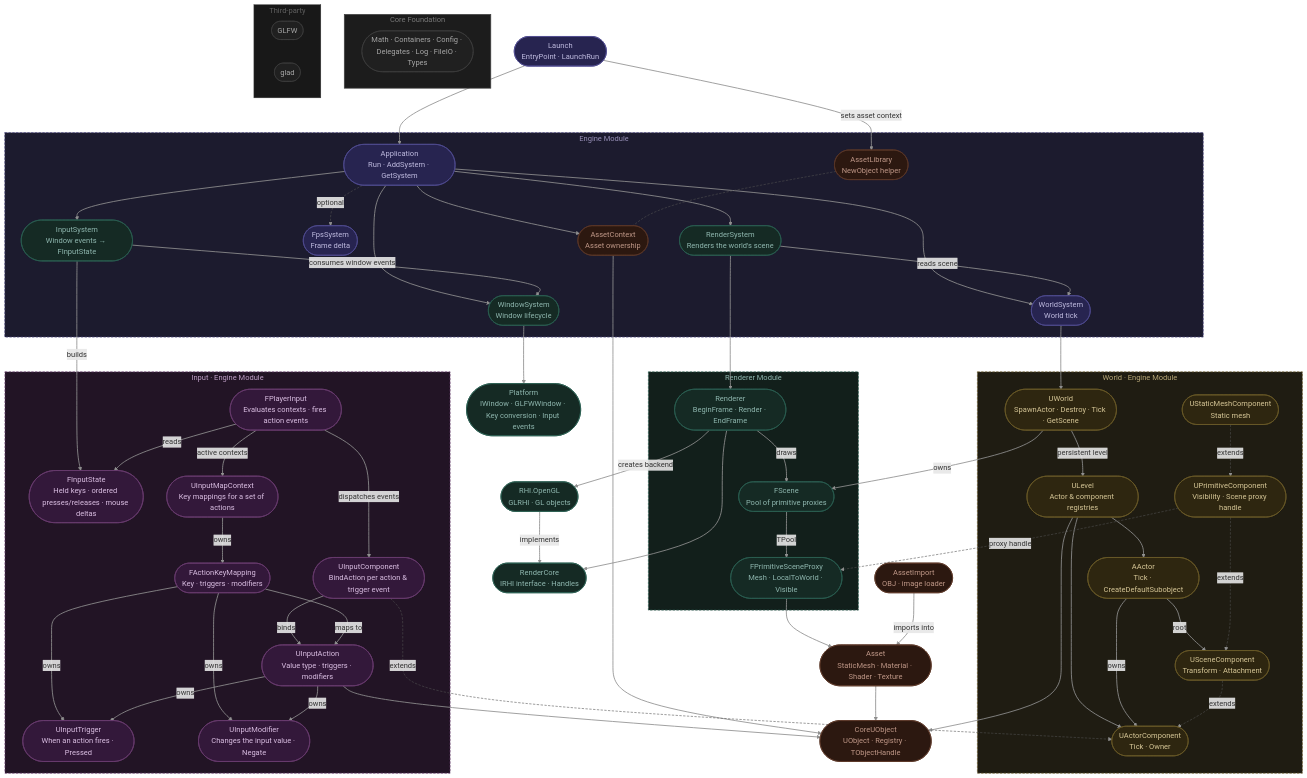
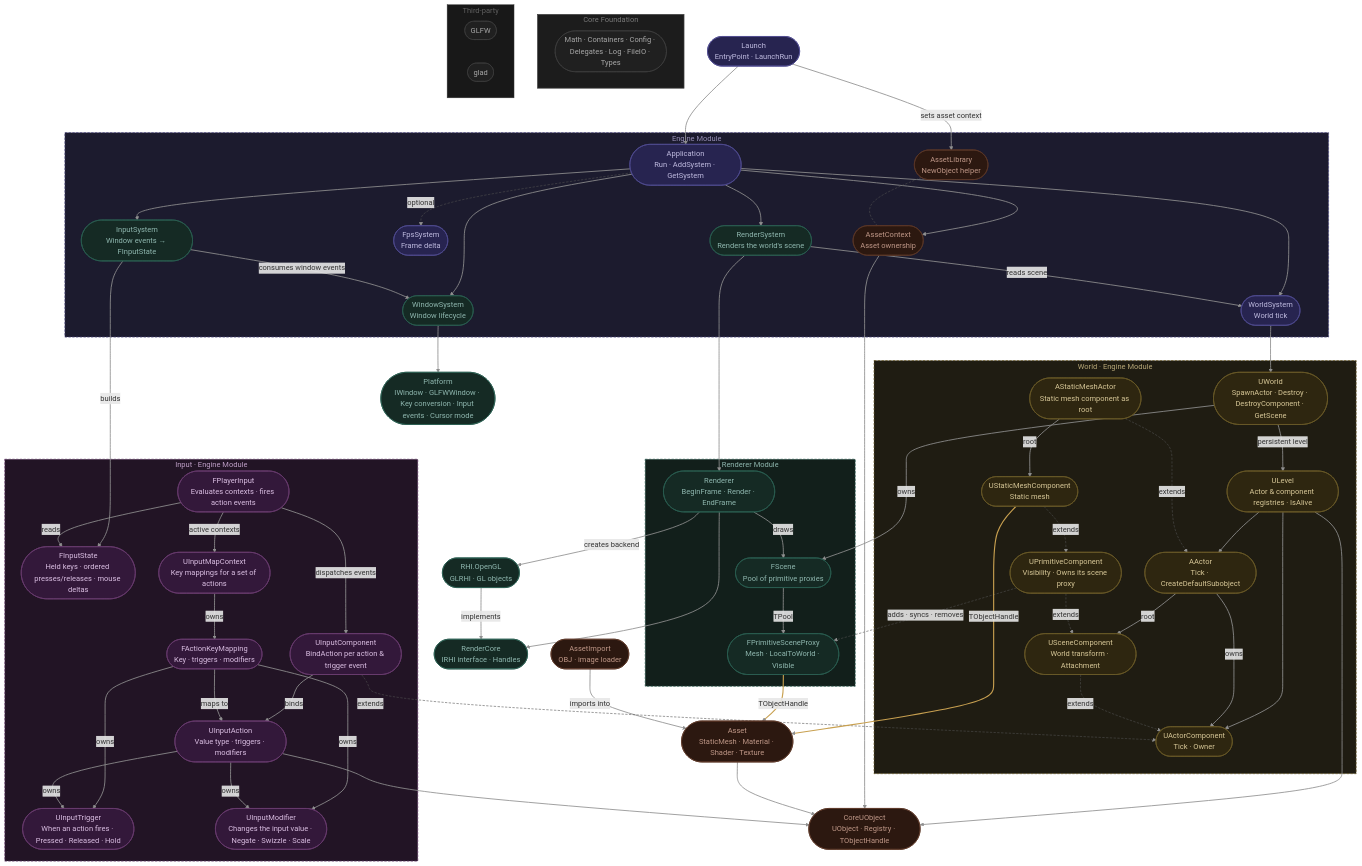
The diagram in README.md (ShotaKhakhishvili/KIU_ClubEngine), drawn with Mermaid before and after one commit. The commit also changed other lines of this file and 6 other files, not shown here.

````diff
--- a/README.md
+++ b/README.md
@@ -22,12 +22,13 @@
     end
 
     subgraph WorldLayer["  World · Engine Module  "]
-        UWorld(["UWorld<br/>SpawnActor · Destroy · Tick · GetScene"])
-        ULevel(["ULevel<br/>Actor & component registries"])
+        UWorld(["UWorld<br/>SpawnActor · Destroy · DestroyComponent · GetScene"])
+        ULevel(["ULevel<br/>Actor & component registries · IsAlive"])
         AActor(["AActor<br/>Tick · CreateDefaultSubobject"])
+        AStaticMeshActor(["AStaticMeshActor<br/>Static mesh component as root"])
         UActorComponent(["UActorComponent<br/>Tick · Owner"])
-        USceneComponent(["USceneComponent<br/>Transform · Attachment"])
-        UPrimitiveComponent(["UPrimitiveComponent<br/>Visibility · Scene proxy handle"])
+        USceneComponent(["USceneComponent<br/>World transform · Attachment"])
+        UPrimitiveComponent(["UPrimitiveComponent<br/>Visibility · Owns its scene proxy"])
         UStaticMeshComponent(["UStaticMeshComponent<br/>Static mesh"])
     end
 
@@ -38,8 +39,8 @@
         UInputMapContext(["UInputMapContext<br/>Key mappings for a set of actions"])
         FActionKeyMapping(["FActionKeyMapping<br/>Key · triggers · modifiers"])
         UInputAction(["UInputAction<br/>Value type · triggers · modifiers"])
-        UInputTrigger(["UInputTrigger<br/>When an action fires · Pressed"])
-        UInputModifier(["UInputModifier<br/>Changes the input value · Negate"])
+        UInputTrigger(["UInputTrigger<br/>When an action fires · Pressed · Released · Hold"])
+        UInputModifier(["UInputModifier<br/>Changes the input value · Negate · Swizzle · Scale"])
     end
 
     subgraph RendererModule["  Renderer Module  "]
@@ -49,7 +50,7 @@
     end
 
     CoreUObject(["CoreUObject<br/>UObject · Registry · TObjectHandle"])
-    Platform(["Platform<br/>IWindow · GLFWWindow · Key conversion · Input events"])
+    Platform(["Platform<br/>IWindow · GLFWWindow · Key conversion · Input events · Cursor mode"])
     Asset(["Asset<br/>StaticMesh · Material · Shader · Texture"])
     AssetImport(["AssetImport<br/>OBJ · image loader"])
     RenderCore(["RenderCore<br/>IRHI interface · Handles"])
@@ -88,11 +89,11 @@
     USceneComponent -.->|extends| UActorComponent
     UPrimitiveComponent -.->|extends| USceneComponent
     UStaticMeshComponent -.->|extends| UPrimitiveComponent
-    UPrimitiveComponent -.->|proxy handle| FPrimitiveSceneProxy
+    UPrimitiveComponent -.->|adds · syncs · removes| FPrimitiveSceneProxy
 
     FScene -->|TPool| FPrimitiveSceneProxy
     Renderer -->|draws| FScene
-    FPrimitiveSceneProxy --> Asset
+    FPrimitiveSceneProxy ==>|TObjectHandle| Asset
 
     ULevel --> CoreUObject
     AssetContext --> CoreUObject
@@ -119,8 +120,13 @@
     FPlayerInput -->|active contexts| UInputMapContext
     FPlayerInput -->|dispatches events| UInputComponent
 
+    AStaticMeshActor -.->|extends| AActor
+    AStaticMeshActor -->|root| UStaticMeshComponent
+    UStaticMeshComponent ==>|TObjectHandle| Asset
+
     linkStyle default stroke:#909090,stroke-width:1.8px
-    linkStyle 4,7,18,19,20,21,32 stroke:#505050,stroke-width:1.2px,stroke-dasharray:5 3
+    linkStyle 4,7,18,19,20,21,32,47 stroke:#505050,stroke-width:1.2px,stroke-dasharray:5 3
+    linkStyle 24,49 stroke:#c8a050,stroke-width:2.4px
 
     style EngineModule   fill:#1c1b2e,stroke:#4a4880,stroke-width:1.5px,stroke-dasharray:5 3,color:#9890b8
     style WorldLayer     fill:#1f1c12,stroke:#6a5a28,stroke-width:1.5px,stroke-dasharray:5 3,color:#b8a878
@@ -139,7 +145,7 @@
     class Launch,Application,FpsSystem,WorldSystem orchestration
     class RenderSystem,WindowSystem,InputSystem,Renderer,FScene,FPrimitiveSceneProxy,Platform,RenderCore,RHI_OpenGL runtime
     class AssetContext,AssetLibrary,CoreUObject,Asset,AssetImport asset
-    class UWorld,ULevel,AActor,UActorComponent,USceneComponent,UPrimitiveComponent,UStaticMeshComponent world
+    class UWorld,ULevel,AActor,AStaticMeshActor,UActorComponent,USceneComponent,UPrimitiveComponent,UStaticMeshComponent world
     class UInputComponent,UInputMapContext,FActionKeyMapping,UInputAction,UInputTrigger,UInputModifier,FInputState,FPlayerInput input
     class Core,GLFW,glad foundation
 ```
````
